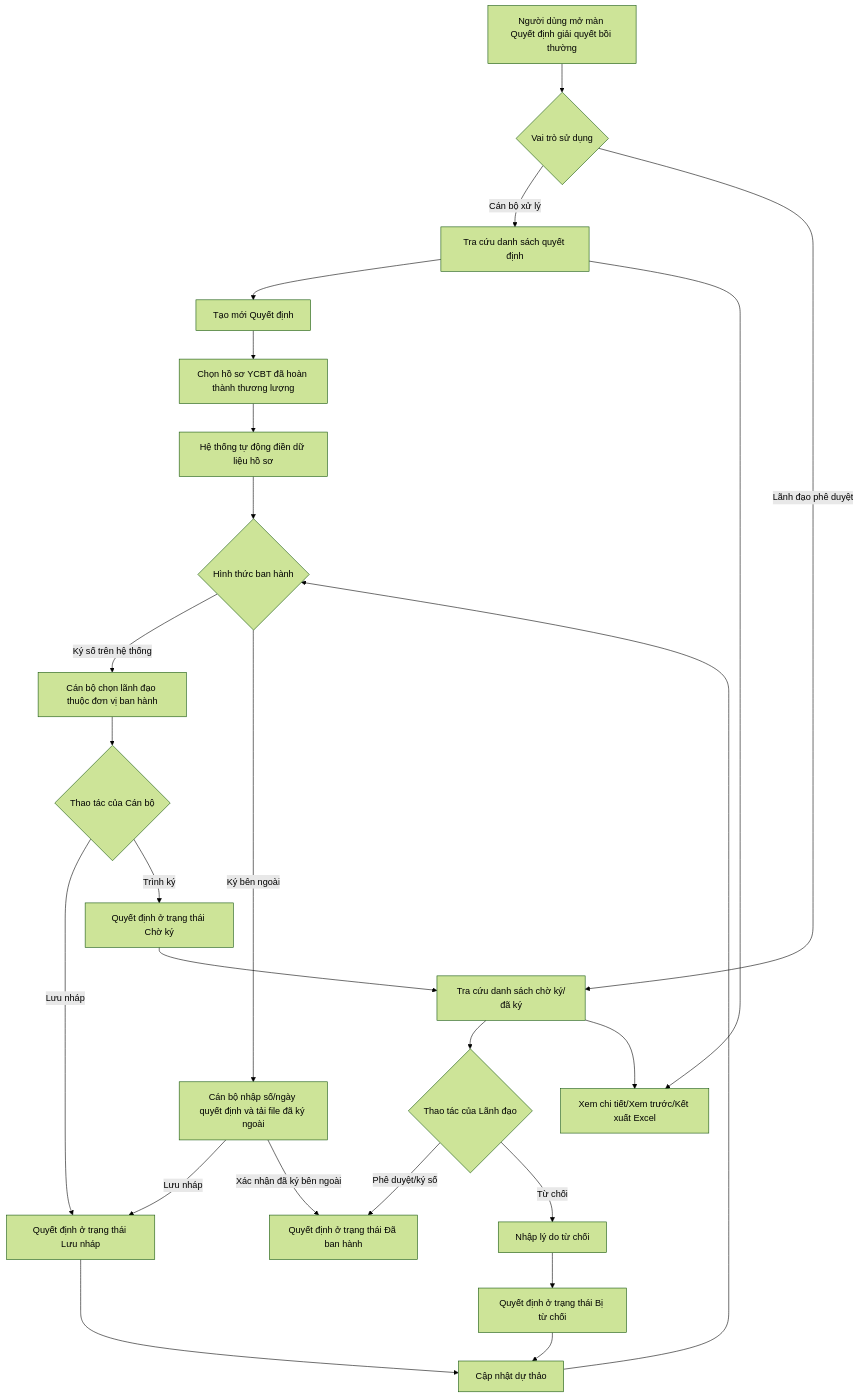
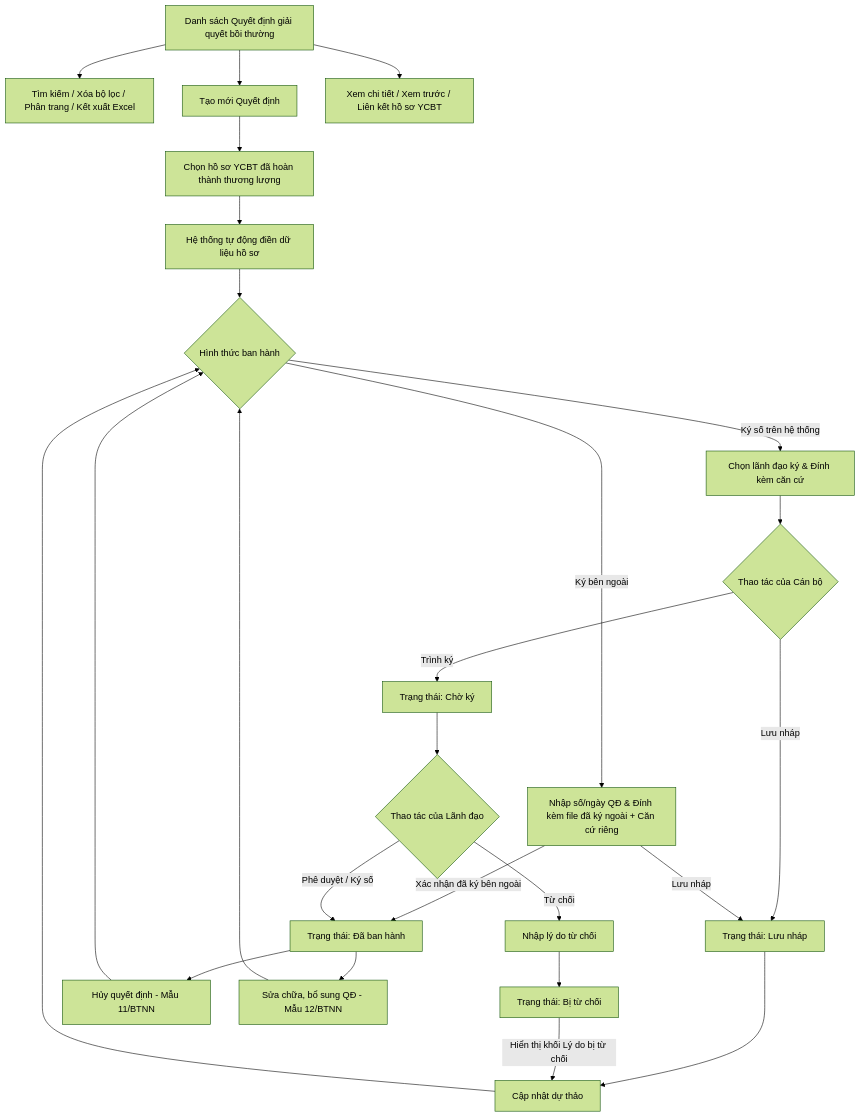
The diagram in Tai lieu phan tich/03_Website_Quan_tri/03_Cong_tac_boi_thuong/SRS_BTNN_GiaiQuyetBT_QuyetDinh_GQBT.md (huyendt2007/BPBD_UI), drawn with Mermaid (forest theme) before and after one commit. The commit also changed other lines of this file and 11 other files, not shown here.

First line of the commit message:
Hoàn thiện GQYCBT: chuẩn hóa SRS và UI Giải quyết yêu cầu bồi thường

````diff
--- a/Tai lieu phan tich/03_Website_Quan_tri/03_Cong_tac_boi_thuong/SRS_BTNN_GiaiQuyetBT_QuyetDinh_GQBT.md
+++ b/Tai lieu phan tich/03_Website_Quan_tri/03_Cong_tac_boi_thuong/SRS_BTNN_GiaiQuyetBT_QuyetDinh_GQBT.md
@@ -43,27 +27,27 @@
 ```mermaid
 flowchart TD
-    A[Người dùng mở màn Quyết định giải quyết bồi thường] --> B{Vai trò sử dụng}
-    B -->|Cán bộ xử lý| C[Tra cứu danh sách quyết định]
-    B -->|Lãnh đạo phê duyệt| D[Tra cứu danh sách chờ ký/đã ký]
-    C --> E[Tạo mới Quyết định]
-    E --> F[Chọn hồ sơ YCBT đã hoàn thành thương lượng]
-    F --> G[Hệ thống tự động điền dữ liệu hồ sơ]
-    G --> H{Hình thức ban hành}
-    H -->|Ký số trên hệ thống| H1[Cán bộ chọn lãnh đạo thuộc đơn vị ban hành]
-    H -->|Ký bên ngoài| H2[Cán bộ nhập số/ngày quyết định và tải file đã ký ngoài]
-    H1 --> I{Thao tác của Cán bộ}
-    I -->|Lưu nháp| I1[Quyết định ở trạng thái Lưu nháp]
-    I -->|Trình ký| J[Quyết định ở trạng thái Chờ ký]
-    H2 -->|Lưu nháp| I1
-    H2 -->|Xác nhận đã ký bên ngoài| M[Quyết định ở trạng thái Đã ban hành]
-    I1 --> K[Cập nhật dự thảo]
-    K --> H
-    J --> D
-    D --> L{Thao tác của Lãnh đạo}
-    L -->|Phê duyệt/ký số| M[Quyết định ở trạng thái Đã ban hành]
-    L -->|Từ chối| N[Nhập lý do từ chối]
-    N --> O[Quyết định ở trạng thái Bị từ chối]
-    O --> K
-    C --> P[Xem chi tiết/Xem trước/Kết xuất Excel]
-    D --> P
+    A[Danh sách Quyết định giải quyết bồi thường] --> B[Tìm kiếm / Xóa bộ lọc / Phân trang / Kết xuất Excel]
+    A --> C[Tạo mới Quyết định]
+    C --> D[Chọn hồ sơ YCBT đã hoàn thành thương lượng]
+    D --> E[Hệ thống tự động điền dữ liệu hồ sơ]
+    E --> F{Hình thức ban hành}
+    F -->|Ký số trên hệ thống| F1[Chọn lãnh đạo ký & Đính kèm căn cứ]
+    F -->|Ký bên ngoài| F2[Nhập số/ngày QĐ & Đính kèm file đã ký ngoài + Căn cứ riêng]
+    F1 --> G{Thao tác của Cán bộ}
+    G -->|Lưu nháp| H[Trạng thái: Lưu nháp]
+    G -->|Trình ký| I[Trạng thái: Chờ ký]
+    F2 -->|Lưu nháp| H
+    F2 -->|Xác nhận đã ký bên ngoài| J[Trạng thái: Đã ban hành]
+    H --> K[Cập nhật dự thảo]
+    K --> F
+    I --> L{Thao tác của Lãnh đạo}
+    L -->|Phê duyệt / Ký số| J
+    L -->|Từ chối| M[Nhập lý do từ chối]
+    M --> N[Trạng thái: Bị từ chối]
+    N -->|Hiển thị khối Lý do bị từ chối| K
+    J --> O[Hủy quyết định - Mẫu 11/BTNN]
+    J --> P[Sửa chữa, bổ sung QĐ - Mẫu 12/BTNN]
+    O --> F
+    P --> F
+    A --> Q[Xem chi tiết / Xem trước / Liên kết hồ sơ YCBT]
 ```
````
